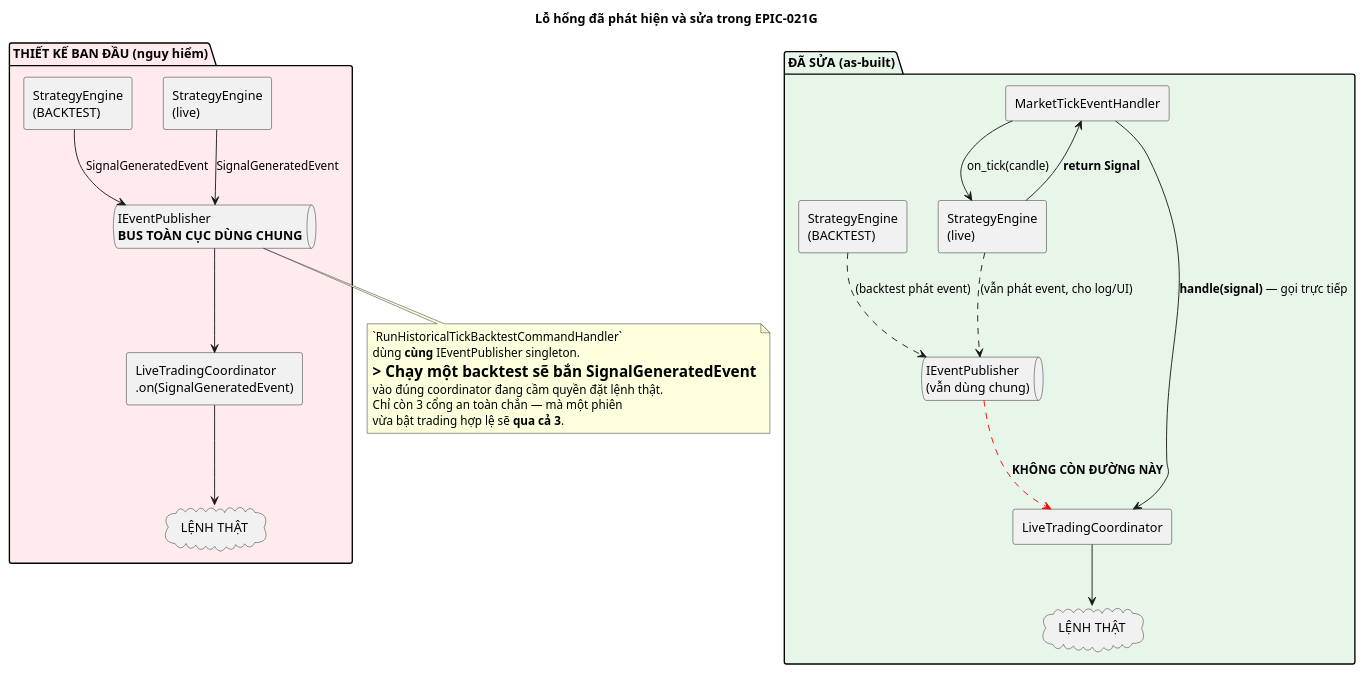
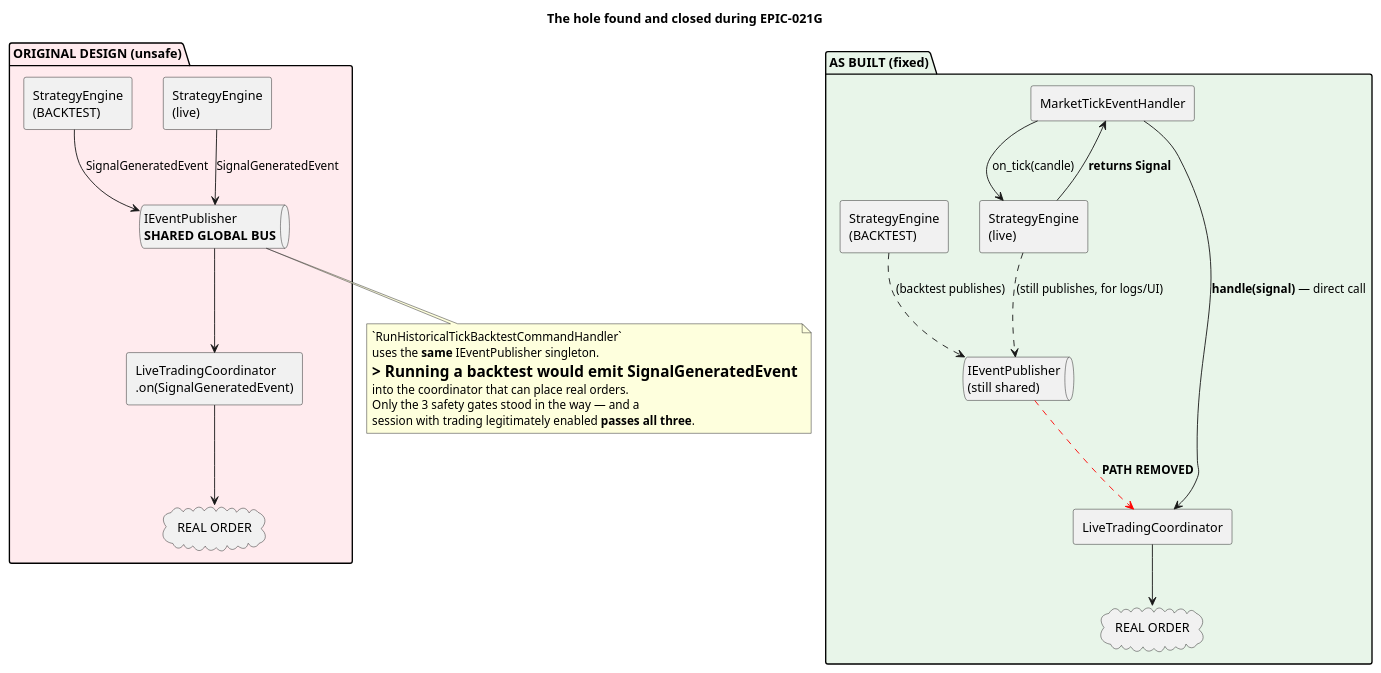
The eighth of 10 diagrams in Tasks/epics/EPIC-021_ket_noi_binance_futures_testnet/KNOWLEDGE_TRANSFER_tu_0_den_hero.md (anhembedded/Sagittarius_Elite_Warrior), drawn with PlantUML before and after one commit. The commit also changed other lines of this file and 1 other file, not shown here.

First line of the commit message:
docs(EPIC-021): rewrite the testnet knowledge-transfer guide in English

````diff
--- a/Tasks/epics/EPIC-021_ket_noi_binance_futures_testnet/KNOWLEDGE_TRANSFER_tu_0_den_hero.md
+++ b/Tasks/epics/EPIC-021_ket_noi_binance_futures_testnet/KNOWLEDGE_TRANSFER_tu_0_den_hero.md
@@ -738,47 +736,47 @@
 ```plantuml
 @startuml KT08_backtest_hazard
-title Lỗ hổng đã phát hiện và sửa trong EPIC-021G
+title The hole found and closed during EPIC-021G
 
 skinparam componentStyle rectangle
 
-package "THIẾT KẾ BAN ĐẦU (nguy hiểm)" #FFEBEE {
+package "ORIGINAL DESIGN (unsafe)" #FFEBEE {
   [StrategyEngine\n(live)] as SE1
   [StrategyEngine\n(BACKTEST)] as SE2
-  queue "IEventPublisher\n**BUS TOÀN CỤC DÙNG CHUNG**" as BUS
+  queue "IEventPublisher\n**SHARED GLOBAL BUS**" as BUS
   [LiveTradingCoordinator\n.on(SignalGeneratedEvent)] as LTC1
-  cloud "LỆNH THẬT" as EX1
+  cloud "REAL ORDER" as EX1
 
   SE1 --> BUS : SignalGeneratedEvent
   SE2 --> BUS : SignalGeneratedEvent
   BUS --> LTC1
   LTC1 --> EX1
 }
 
-package "ĐÃ SỬA (as-built)" #E8F5E9 {
+package "AS BUILT (fixed)" #E8F5E9 {
   [MarketTickEventHandler] as MTH
   [StrategyEngine\n(live)] as SE3
   [StrategyEngine\n(BACKTEST)] as SE4
-  queue "IEventPublisher\n(vẫn dùng chung)" as BUS2
+  queue "IEventPublisher\n(still shared)" as BUS2
   [LiveTradingCoordinator] as LTC2
-  cloud "LỆNH THẬT" as EX2
+  cloud "REAL ORDER" as EX2
 
   MTH --> SE3 : on_tick(candle)
-  SE3 --> MTH : **return Signal**
-  MTH --> LTC2 : **handle(signal)** — gọi trực tiếp
+  SE3 --> MTH : **returns Signal**
+  MTH --> LTC2 : **handle(signal)** — direct call
   LTC2 --> EX2
-  SE3 ..> BUS2 : (vẫn phát event, cho log/UI)
-  SE4 ..> BUS2 : (backtest phát event)
-  BUS2 ..> LTC2 #red : **KHÔNG CÒN ĐƯỜNG NÀY**
+  SE3 ..> BUS2 : (still publishes, for logs/UI)
+  SE4 ..> BUS2 : (backtest publishes)
+  BUS2 ..> LTC2 #red : **PATH REMOVED**
 }
 
 note bottom of BUS
   `RunHistoricalTickBacktestCommandHandler`
-  dùng **cùng** IEventPublisher singleton.
-  => Chạy một backtest sẽ bắn SignalGeneratedEvent
-  vào đúng coordinator đang cầm quyền đặt lệnh thật.
-  Chỉ còn 3 cổng an toàn chắn — mà một phiên
-  vừa bật trading hợp lệ sẽ **qua cả 3**.
+  uses the **same** IEventPublisher singleton.
+  => Running a backtest would emit SignalGeneratedEvent
+  into the coordinator that can place real orders.
+  Only the 3 safety gates stood in the way — and a
+  session with trading legitimately enabled **passes all three**.
 end note
 
 @enduml
 ```
````
